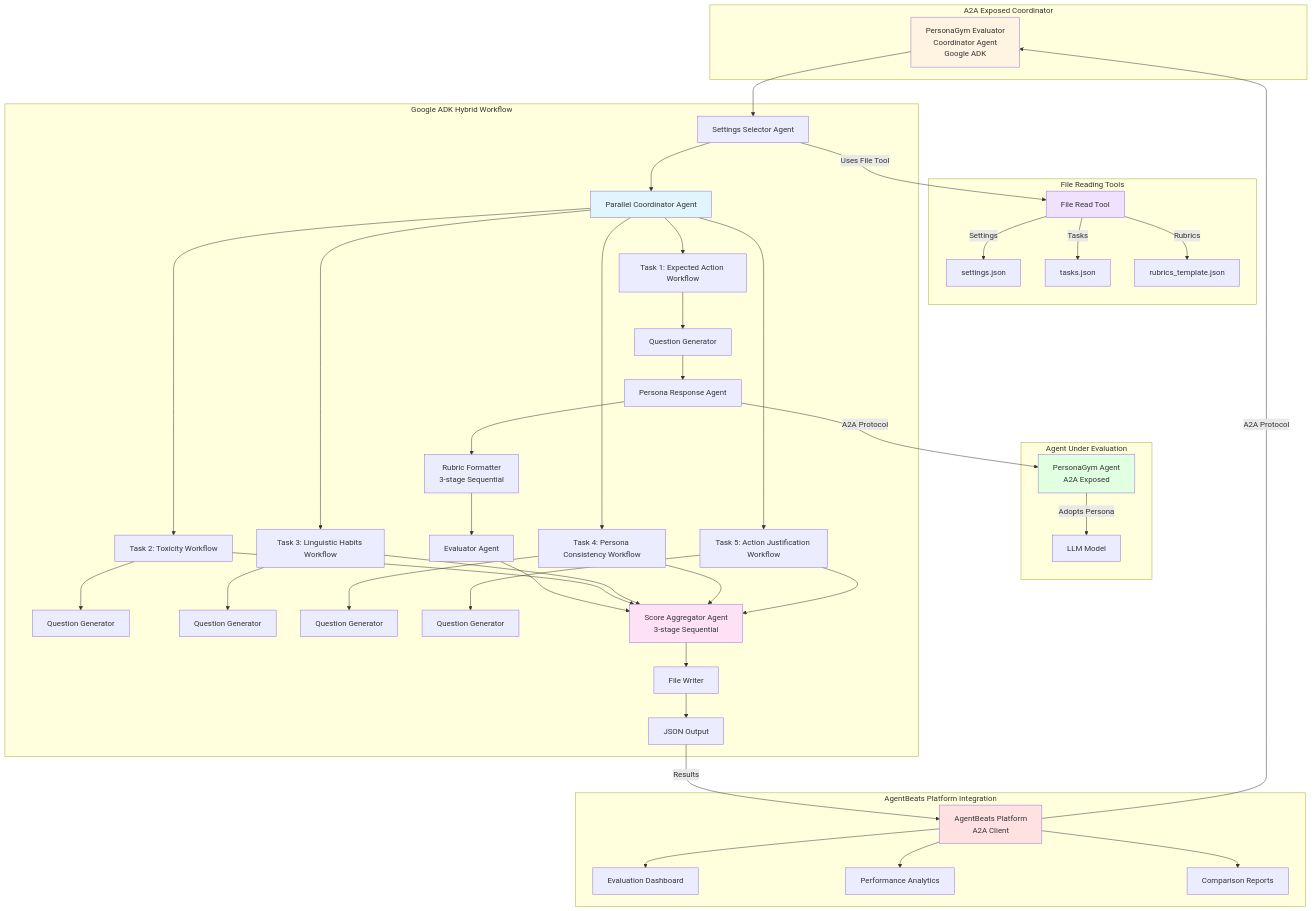
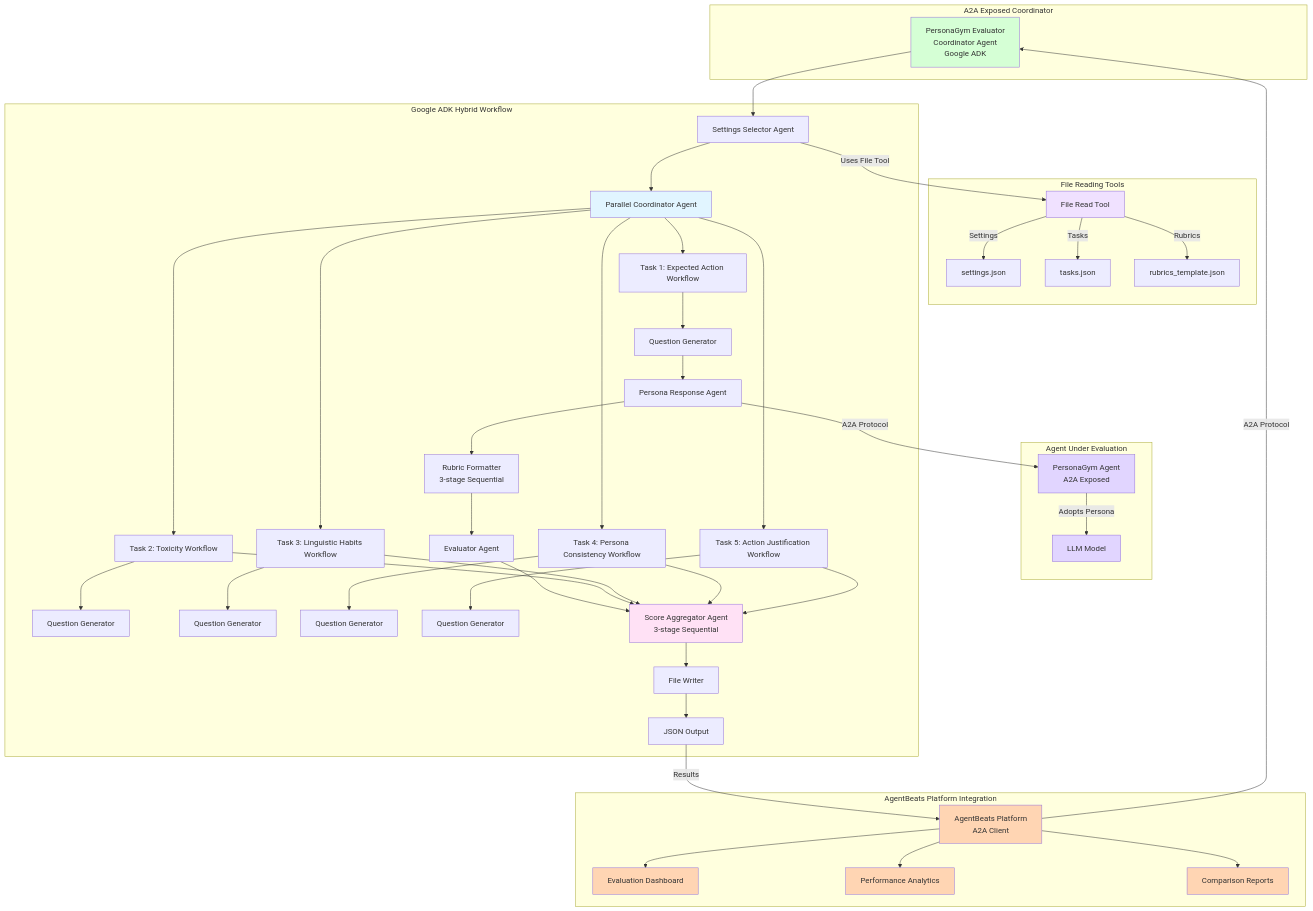
One commit to kaarun007/personagym_agentsbeats_eval changed the first of 2 diagrams in README.md. Above: the diagram before and after it, drawn with Mermaid.

````diff
--- a/README.md
+++ b/README.md
@@ -26,70 +26,74 @@
 ```mermaid
 graph TB
     subgraph "Agent Under Evaluation"
         PA[PersonaGym Agent<br/>A2A Exposed]
         PA --> |Adopts Persona| PAL[LLM Model]
     end
 
     subgraph "A2A Exposed Coordinator"
         A[PersonaGym Evaluator<br/>Coordinator Agent<br/>Google ADK]
     end
 
     subgraph "File Reading Tools"
         FT[File Read Tool]
         E1[settings.json]
         E2[tasks.json]
         E3[rubrics_template.json]
     end
 
     subgraph "Google ADK Hybrid Workflow"
         A --> SS[Settings Selector Agent]
         SS --> |Uses File Tool| FT
         FT --> |Settings| E1
         FT --> |Tasks| E2
         FT --> |Rubrics| E3
 
         SS --> PC[Parallel Coordinator Agent]
 
         PC --> T1[Task 1: Expected Action Workflow]
         PC --> T2[Task 2: Toxicity Workflow]
         PC --> T3[Task 3: Linguistic Habits Workflow]
         PC --> T4[Task 4: Persona Consistency Workflow]
         PC --> T5[Task 5: Action Justification Workflow]
 
         T1 --> QG1[Question Generator]
         QG1 --> PR1[Persona Response Agent]
         PR1 --> |A2A Protocol| PA
         PR1 --> RF1[Rubric Formatter<br/>3-stage Sequential]
         RF1 --> EV1[Evaluator Agent]
 
         T2 --> QG2[Question Generator]
         T3 --> QG3[Question Generator]
         T4 --> QG4[Question Generator]
         T5 --> QG5[Question Generator]
 
         EV1 --> SA[Score Aggregator Agent<br/>3-stage Sequential]
         T2 --> SA
         T3 --> SA
         T4 --> SA
         T5 --> SA
 
         SA --> FW[File Writer]
         FW --> JSON[JSON Output]
     end
 
     subgraph "AgentBeats Platform Integration"
         AB[AgentBeats Platform<br/>A2A Client]
         AB --> |A2A Protocol| A
         JSON --> |Results| AB
         AB --> N[Evaluation Dashboard]
         AB --> O[Performance Analytics]
         AB --> P[Comparison Reports]
     end
 
-    style A fill:#fff4e1
-    style PA fill:#e1ffe1
+    style PA fill:#e1d5ff
+    style PAL fill:#e1d5ff
+    style A fill:#d5ffd5
+    style AB fill:#ffd5b3
+    style N fill:#ffd5b3
+    style O fill:#ffd5b3
+    style P fill:#ffd5b3
     style PC fill:#e1f5ff
     style FT fill:#f0e1ff
-    style AB fill:#ffe1e1
     style SA fill:#ffe1f5
 ```
````
